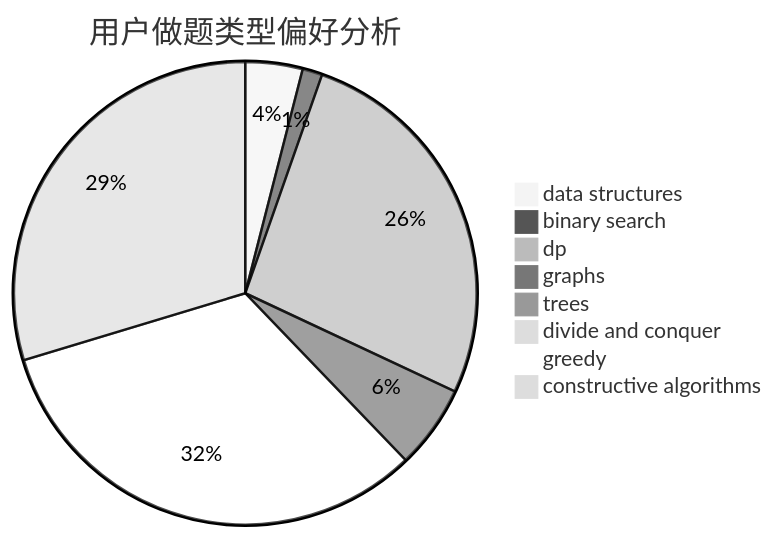
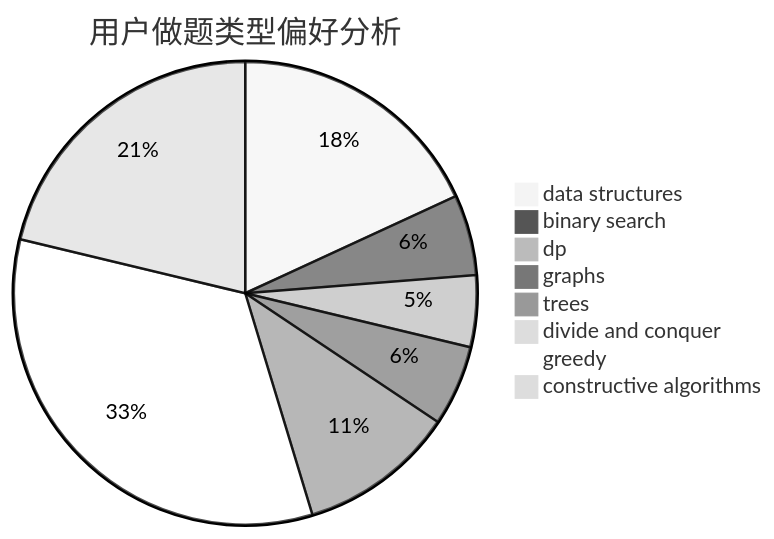
Before and after one commit to sherpahu/cfrs.github.io: the second of 3 diagrams in docs/user/u2387.md, drawn with Mermaid (neutral theme). The commit also changed other lines of this file and 2770 other files, not shown here.

````diff
--- a/docs/user/u2387.md
+++ b/docs/user/u2387.md
@@ -23,11 +23,11 @@
 ```mermaid
 pie title 用户做题类型偏好分析
-    "data structures" :  52
+    "data structures" :  58
     "binary search" :  18
-    "dp" :  346
-    "graphs" :  76
-    "trees" :  13
+    "dp" :  16
+    "graphs" :  18
+    "trees" :  35
     "divide and conquer" :  0
-    "greedy" :  423
-    "constructive algorithms" :  386
+    "greedy" :  107
+    "constructive algorithms" :  68
 ```
````
